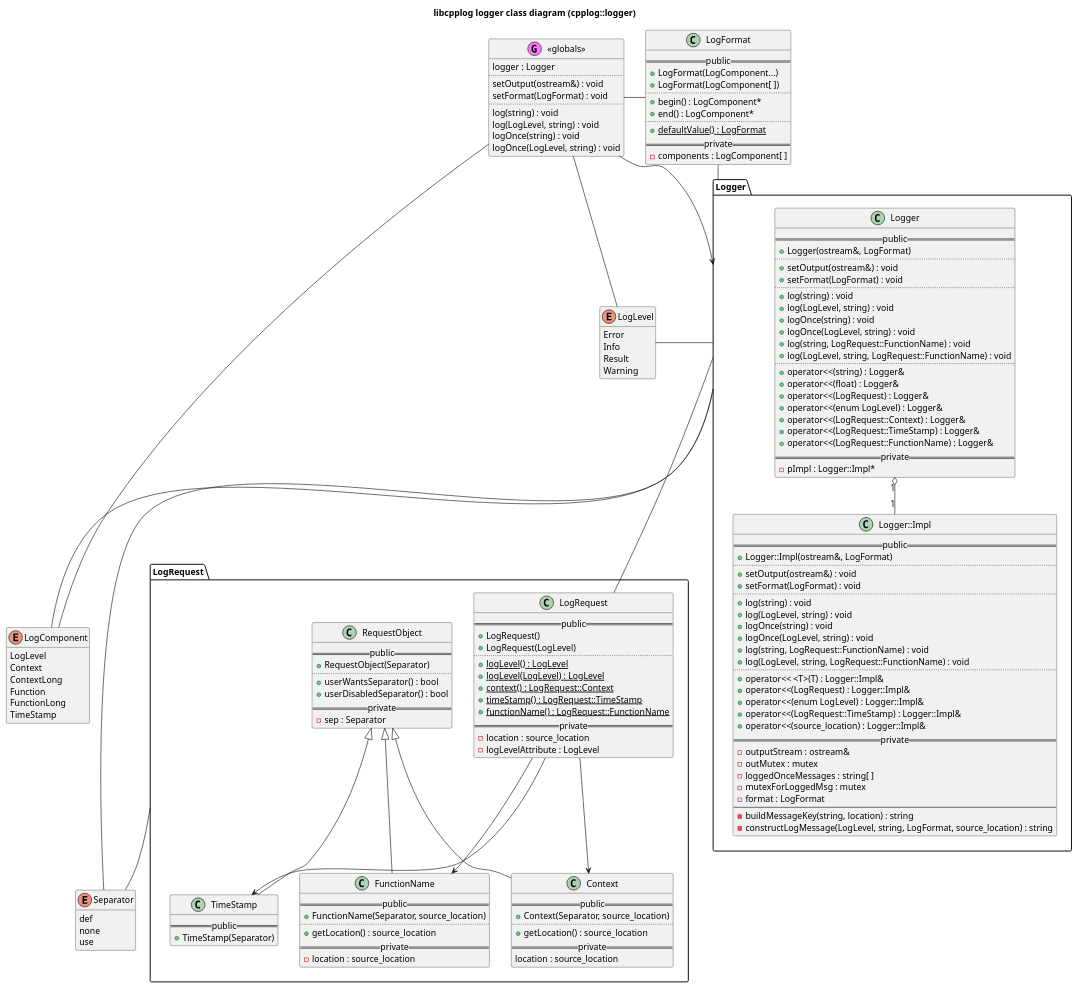
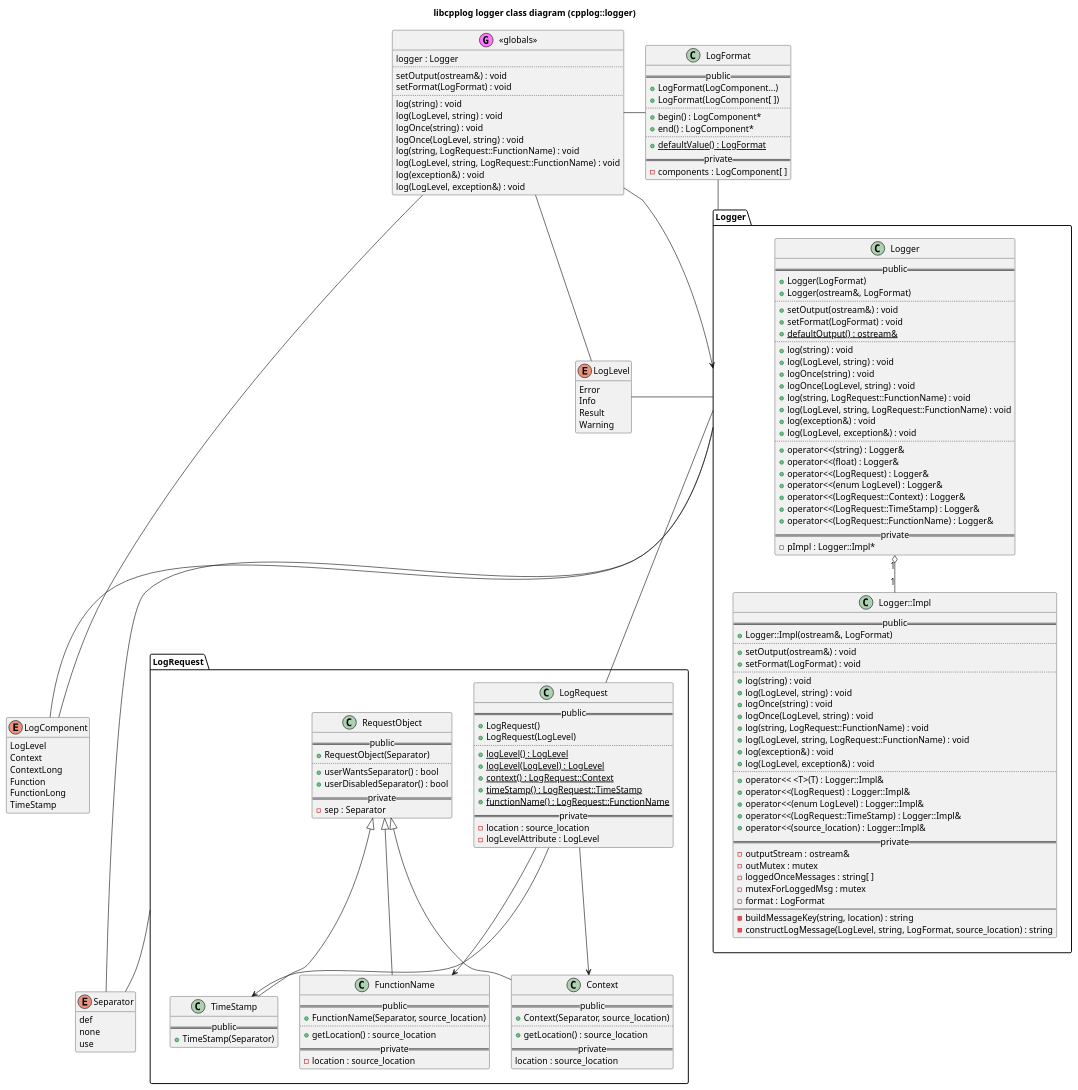
One commit to kfpgk/libcpplog changed the diagram in libcpplog/logger/doc/class.puml. Above: the diagram before and after it, drawn with PlantUML. The commit also changed 8 other files, not shown here.

Commit message:
Add functionName and exception logging to global log() function interface

```diff
--- a/libcpplog/logger/doc/class.puml
+++ b/libcpplog/logger/doc/class.puml
@@ -95,10 +95,12 @@
 package Logger as LoggerPackage {
     class Logger {
         == public ==
+        + Logger(LogFormat)
         + Logger(ostream&, LogFormat)
         ..
         + setOutput(ostream&) : void
         + setFormat(LogFormat) : void
+        + {static} defaultOutput() : ostream&
         ..
         + log(string) : void
         + log(LogLevel, string) : void
@@ -106,6 +108,8 @@
         + logOnce(LogLevel, string) : void
         + log(string, LogRequest::FunctionName) : void
         + log(LogLevel, string, LogRequest::FunctionName) : void
+        + log(exception&) : void
+        + log(LogLevel, exception&) : void
         ..
         + operator<<(string) : Logger&
         + operator<<(float) : Logger&
@@ -131,6 +135,8 @@
         + logOnce(LogLevel, string) : void
         + log(string, LogRequest::FunctionName) : void
         + log(LogLevel, string, LogRequest::FunctionName) : void
+        + log(exception&) : void
+        + log(LogLevel, exception&) : void
         ..
         + operator<< <T>(T) : Logger::Impl&
         + operator<<(LogRequest) : Logger::Impl&
@@ -160,6 +166,10 @@
     log(LogLevel, string) : void
     logOnce(string) : void
     logOnce(LogLevel, string) : void
+    log(string, LogRequest::FunctionName) : void
+    log(LogLevel, string, LogRequest::FunctionName) : void
+    log(exception&) : void
+    log(LogLevel, exception&) : void
 }
 
 LogRequestPackage -- Separator
```
